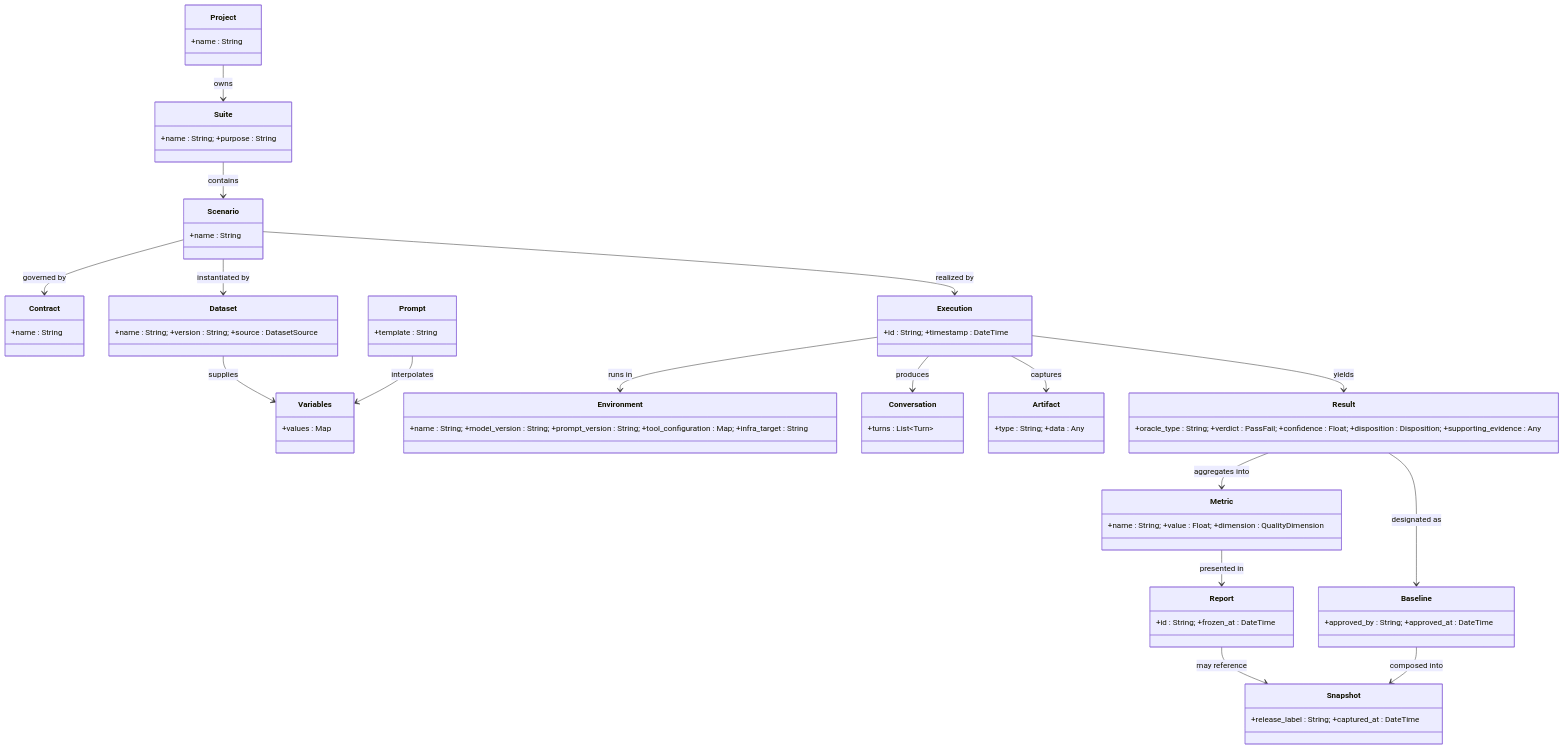
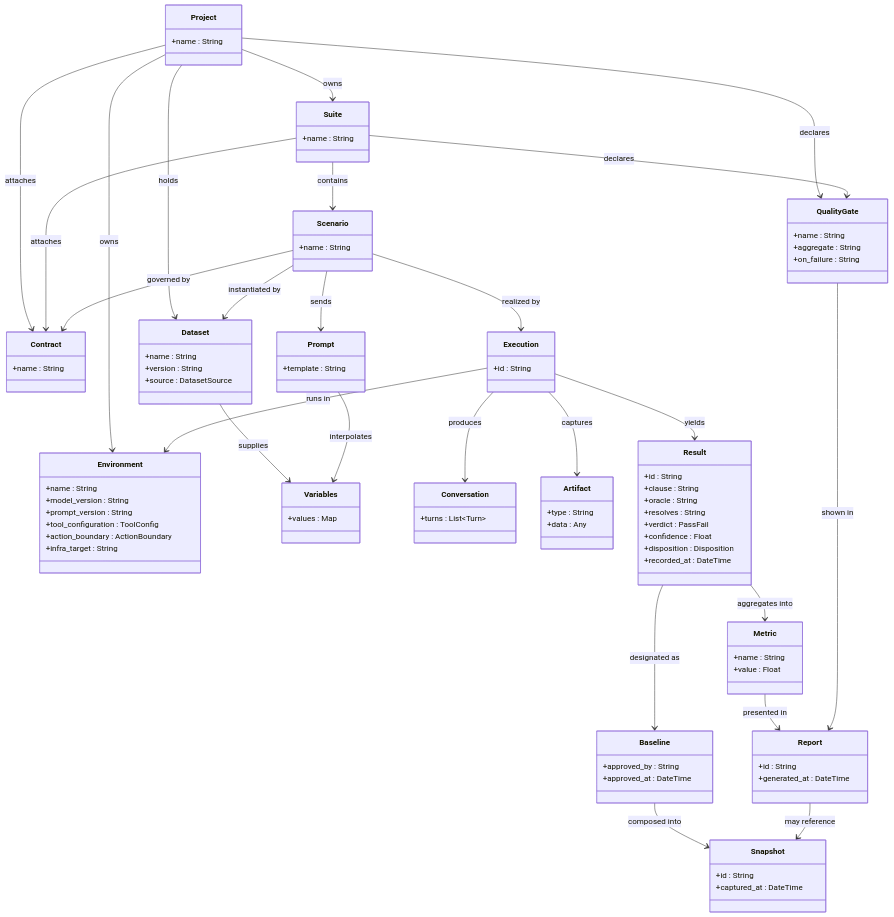
Before and after one commit to igorakymenko-create/AQEF: the first of 8 diagrams in appendices/appendix-e-uml-diagrams.md, drawn with Mermaid. The commit also changed other lines of this file and 6 other files, not shown here.

````diff
--- a/appendices/appendix-e-uml-diagrams.md
+++ b/appendices/appendix-e-uml-diagrams.md
@@ -14,25 +16,88 @@
 ```mermaid
 classDiagram
-    class Project { +name : String }
-    class Suite { +name : String; +purpose : String }
-    class Scenario { +name : String }
-    class Contract { +name : String }
-    class Dataset { +name : String; +version : String; +source : DatasetSource }
-    class Prompt { +template : String }
-    class Environment { +name : String; +model_version : String; +prompt_version : String; +tool_configuration : Map; +infra_target : String }
-    class Variables { +values : Map }
-    class Execution { +id : String; +timestamp : DateTime }
-    class Conversation { +turns : List~Turn~ }
-    class Artifact { +type : String; +data : Any }
-    class Result { +oracle_type : String; +verdict : PassFail; +confidence : Float; +disposition : Disposition; +supporting_evidence : Any }
-    class Metric { +name : String; +value : Float; +dimension : QualityDimension }
-    class Baseline { +approved_by : String; +approved_at : DateTime }
-    class Report { +id : String; +frozen_at : DateTime }
-    class Snapshot { +release_label : String; +captured_at : DateTime }
+    class Project {
+        +name : String
+    }
+    class Suite {
+        +name : String
+    }
+    class Scenario {
+        +name : String
+    }
+    class Contract {
+        +name : String
+    }
+    class Dataset {
+        +name : String
+        +version : String
+        +source : DatasetSource
+    }
+    class Prompt {
+        +template : String
+    }
+    class Environment {
+        +name : String
+        +model_version : String
+        +prompt_version : String
+        +tool_configuration : ToolConfig
+        +action_boundary : ActionBoundary
+        +infra_target : String
+    }
+    class Variables {
+        +values : Map
+    }
+    class Execution {
+        +id : String
+    }
+    class Conversation {
+        +turns : List~Turn~
+    }
+    class Artifact {
+        +type : String
+        +data : Any
+    }
+    class Result {
+        +id : String
+        +clause : String
+        +oracle : String
+        +resolves : String
+        +verdict : PassFail
+        +confidence : Float
+        +disposition : Disposition
+        +recorded_at : DateTime
+    }
+    class Metric {
+        +name : String
+        +value : Float
+    }
+    class QualityGate {
+        +name : String
+        +aggregate : String
+        +on_failure : String
+    }
+    class Baseline {
+        +approved_by : String
+        +approved_at : DateTime
+    }
+    class Report {
+        +id : String
+        +generated_at : DateTime
+    }
+    class Snapshot {
+        +id : String
+        +captured_at : DateTime
+    }
 
     Project --> Suite : owns
+    Project --> Environment : owns
+    Project --> Dataset : holds
+    Project --> Contract : attaches
+    Suite --> Contract : attaches
+    Project --> QualityGate : declares
+    Suite --> QualityGate : declares
     Suite --> Scenario : contains
     Scenario --> Contract : governed by
+    Scenario --> Prompt : sends
     Scenario --> Dataset : instantiated by
     Dataset --> Variables : supplies
     Prompt --> Variables : interpolates
@@ -44,6 +109,7 @@
     Result --> Metric : aggregates into
     Result --> Baseline : designated as
     Metric --> Report : presented in
+    QualityGate --> Report : shown in
     Baseline --> Snapshot : composed into
     Report --> Snapshot : may reference
 ```
````
